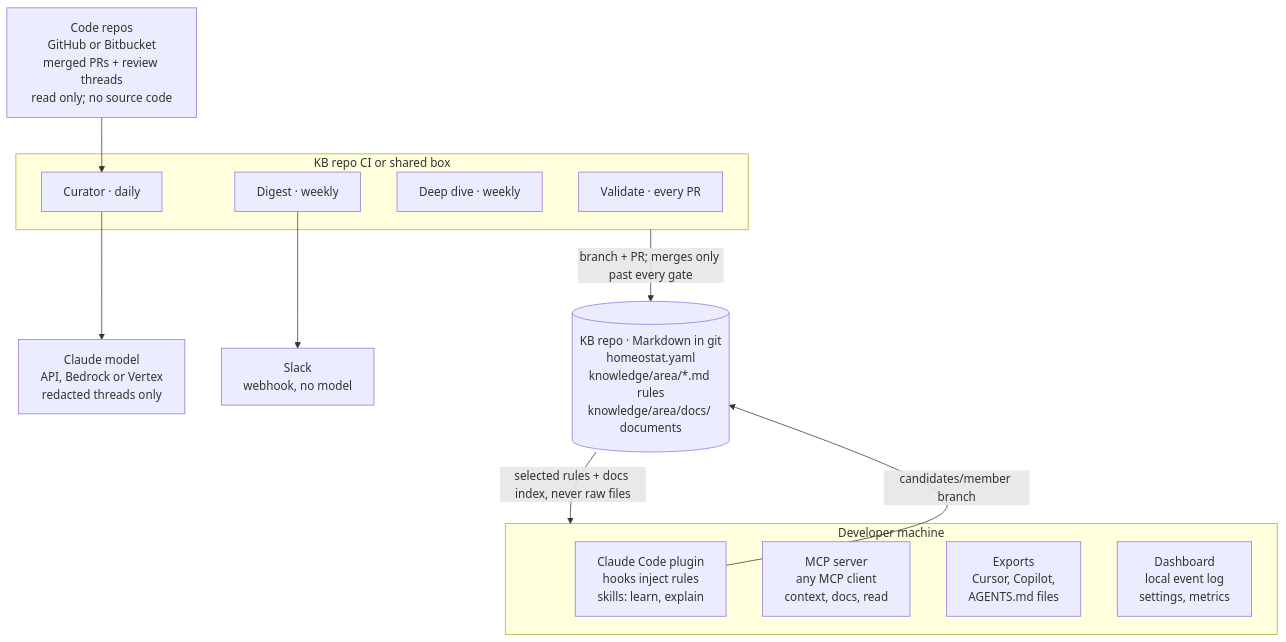
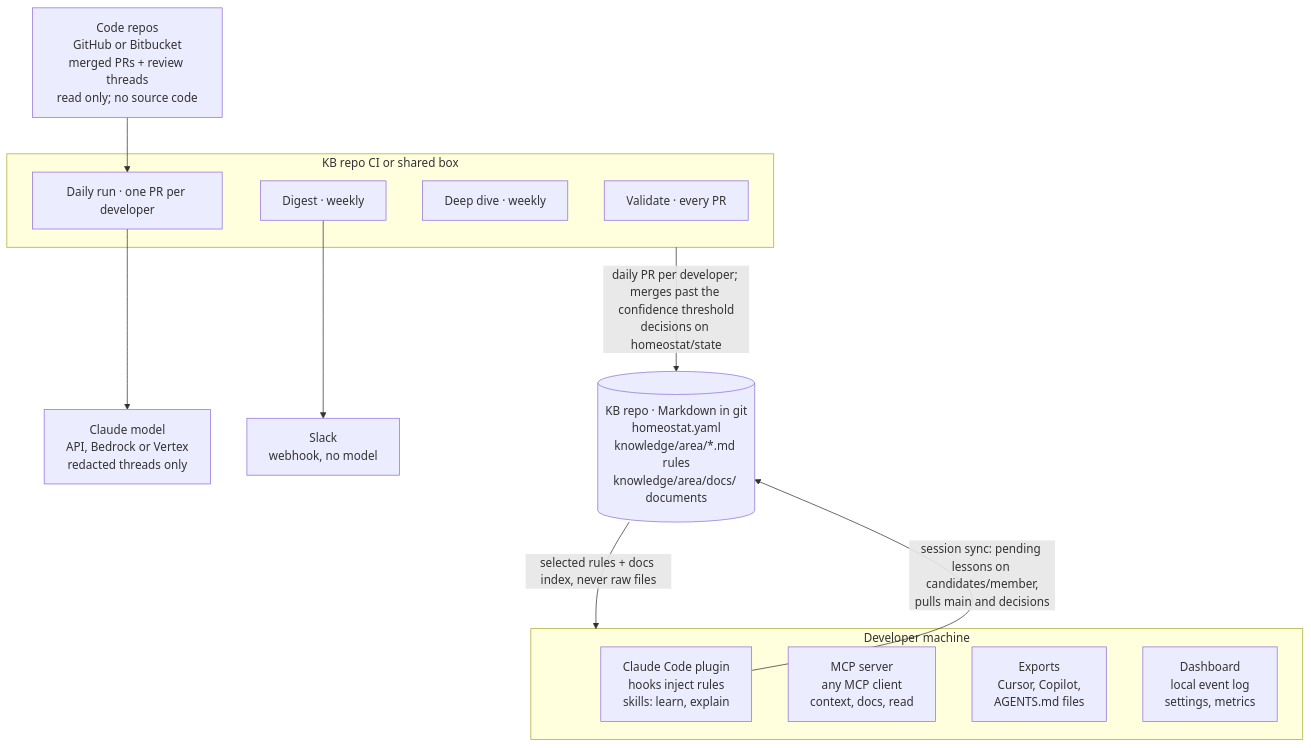
Before and after one commit to ysugarmen/homeostat: the diagram in docs/architecture.md, drawn with Mermaid. The commit also changed other lines of this file and 11 other files, not shown here.

First line of the commit message:
docs: the automated daily flow; HOMEOSTAT_NO_SYNC opt-out

````diff
--- a/docs/architecture.md
+++ b/docs/architecture.md
@@ -30,25 +30,25 @@
 ```mermaid
 flowchart TB
   code["Code repos<br/>GitHub or Bitbucket<br/>merged PRs + review threads<br/>read only; no source code"]
   subgraph ci["KB repo CI or shared box"]
     validate["Validate · every PR"]
-    curator["Curator · daily"]
+    curator["Daily run · one PR per developer"]
     deep["Deep dive · weekly"]
     digest["Digest · weekly"]
   end
   model["Claude model<br/>API, Bedrock or Vertex<br/>redacted threads only"]
   slack["Slack<br/>webhook, no model"]
   kb[("KB repo · Markdown in git<br/>homeostat.yaml<br/>knowledge/area/*.md rules<br/>knowledge/area/docs/ documents")]
   subgraph dev["Developer machine"]
     plugin["Claude Code plugin<br/>hooks inject rules<br/>skills: learn, explain"]
     mcp["MCP server<br/>any MCP client<br/>context, docs, read"]
     exports["Exports<br/>Cursor, Copilot,<br/>AGENTS.md files"]
     dash["Dashboard<br/>local event log<br/>settings, metrics"]
   end
   code --> curator
   curator --> model
   digest --> slack
-  ci -- "branch + PR; merges only past every gate" --> kb
+  ci -- "daily PR per developer; merges past the confidence threshold<br/>decisions on homeostat/state" --> kb
   kb -- "selected rules + docs index, never raw files" --> dev
-  plugin -- "candidates/member branch" --> kb
+  plugin -- "session sync: pending lessons on candidates/member,<br/>pulls main and decisions" --> kb
 ```
````
